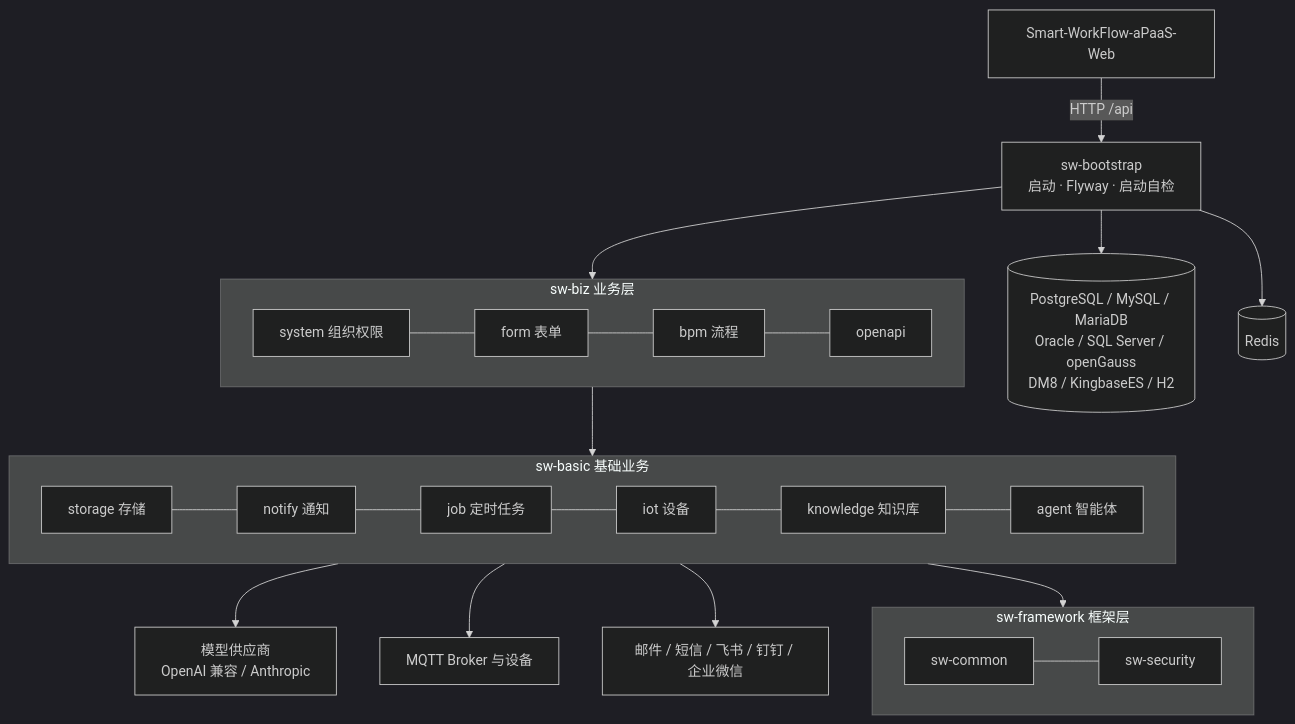
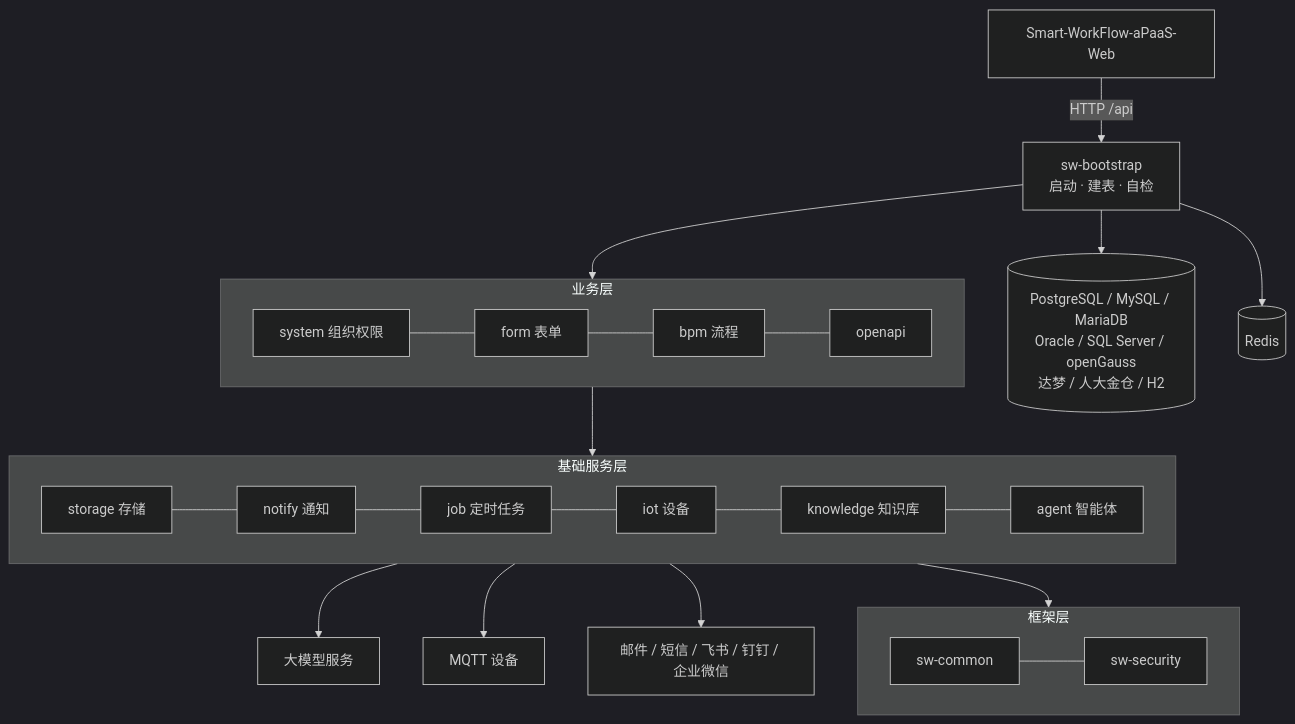
Before and after one commit to Chikaaho/Smart-WorkFlow-aPaaS-server: the diagram in README.md, drawn with Mermaid (dark theme). The commit also changed other lines of this file, not shown here.

````diff
--- a/README.md
+++ b/README.md
@@ -47,24 +41,24 @@
 ```mermaid
 flowchart TB
-    W[Smart-WorkFlow-aPaaS-Web] -->|HTTP /api| BOOT[sw-bootstrap<br>启动 · Flyway · 启动自检]
+    W[Smart-WorkFlow-aPaaS-Web] -->|HTTP /api| BOOT[sw-bootstrap<br>启动 · 建表 · 自检]
 
-    subgraph BIZ[sw-biz 业务层]
+    subgraph BIZ[业务层]
         direction LR
         SYSTEM[system 组织权限] --- FORM[form 表单] --- BPM[bpm 流程] --- OPENAPI[openapi]
     end
-    subgraph BASIC[sw-basic 基础业务]
+    subgraph BASIC[基础服务层]
         direction LR
         STORAGE[storage 存储] --- NOTIFY[notify 通知] --- JOB[job 定时任务] --- IOT[iot 设备] --- KNOWLEDGE[knowledge 知识库] --- AGENT[agent 智能体]
     end
-    subgraph FW[sw-framework 框架层]
+    subgraph FW[框架层]
         direction LR
         COMMON[sw-common] --- SECURITY[sw-security]
     end
 
     BOOT --> BIZ --> BASIC --> FW
-    BOOT --> DB[(PostgreSQL / MySQL / MariaDB<br>Oracle / SQL Server / openGauss<br>DM8 / KingbaseES / H2)]
+    BOOT --> DB[(PostgreSQL / MySQL / MariaDB<br>Oracle / SQL Server / openGauss<br>达梦 / 人大金仓 / H2)]
     BOOT --> REDIS[(Redis)]
-    AGENT --> LLM[模型供应商<br>OpenAI 兼容 / Anthropic]
-    IOT --> BROKER[MQTT Broker 与设备]
+    AGENT --> LLM[大模型服务]
+    IOT --> BROKER[MQTT 设备]
     NOTIFY --> CHANNELS[邮件 / 短信 / 飞书 / 钉钉 / 企业微信]
 ```
````
